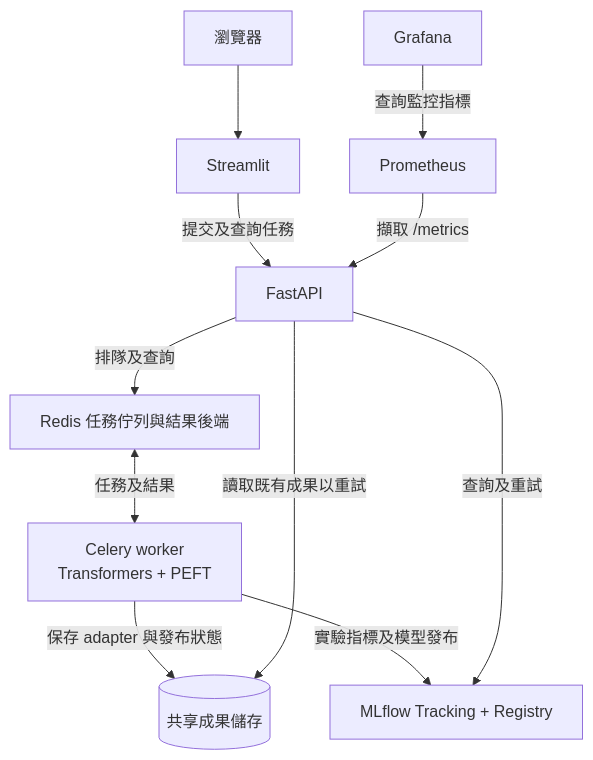
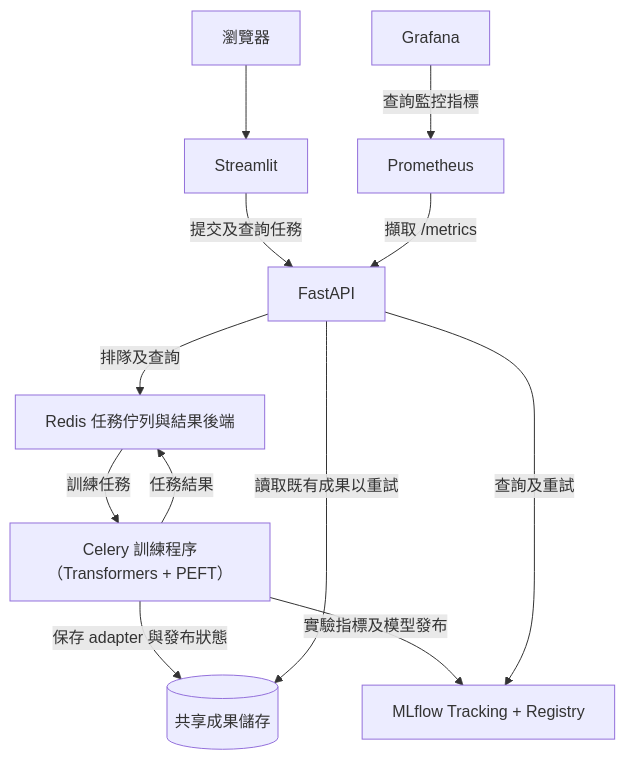
The diagram in README-zh.md (pei9564/lora-finetune-platform), drawn with Mermaid before and after one commit. The commit also changed other lines of this file and 3 other files, not shown here.

````diff
--- a/README-zh.md
+++ b/README-zh.md
@@ -32,13 +32,14 @@
 ```mermaid
 flowchart TB
     User["瀏覽器"] --> UI["Streamlit"]
     UI -->|"提交及查詢任務"| API["FastAPI"]
     API -->|"排隊及查詢"| Redis["Redis 任務佇列與結果後端"]
-    Redis <-->|"任務及結果"| Worker["Celery worker<br/>Transformers + PEFT"]
-    Worker -->|"保存 adapter 與發布狀態"| Results[("共享成果儲存")]
+    Redis -->|"訓練任務"| Worker["Celery 訓練程序（Transformers + PEFT）"]
+    Worker -->|"任務結果"| Redis
+    Worker -->|"保存 adapter 與發布狀態"| Results[(共享成果儲存)]
     Worker -->|"實驗指標及模型發布"| MLflow["MLflow Tracking + Registry"]
     API -->|"讀取既有成果以重試"| Results
     API -->|"查詢及重試"| MLflow
     Prometheus -->|"擷取 /metrics"| API
     Grafana -->|"查詢監控指標"| Prometheus
 ```
````
